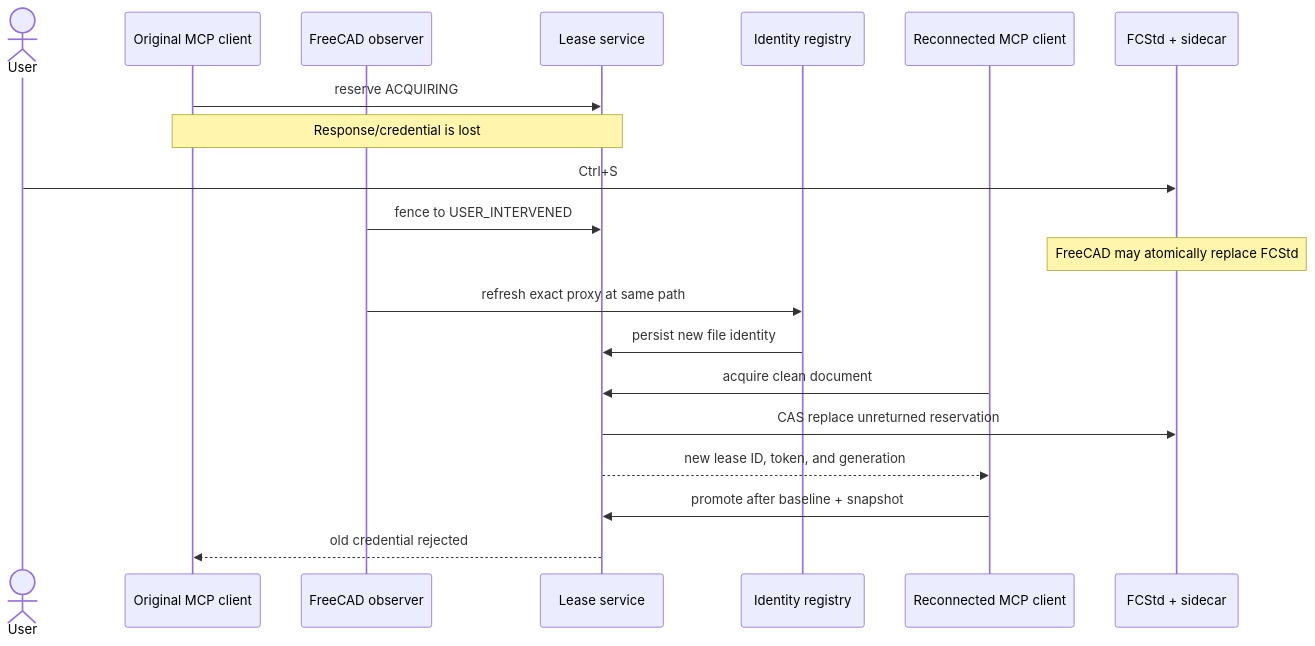
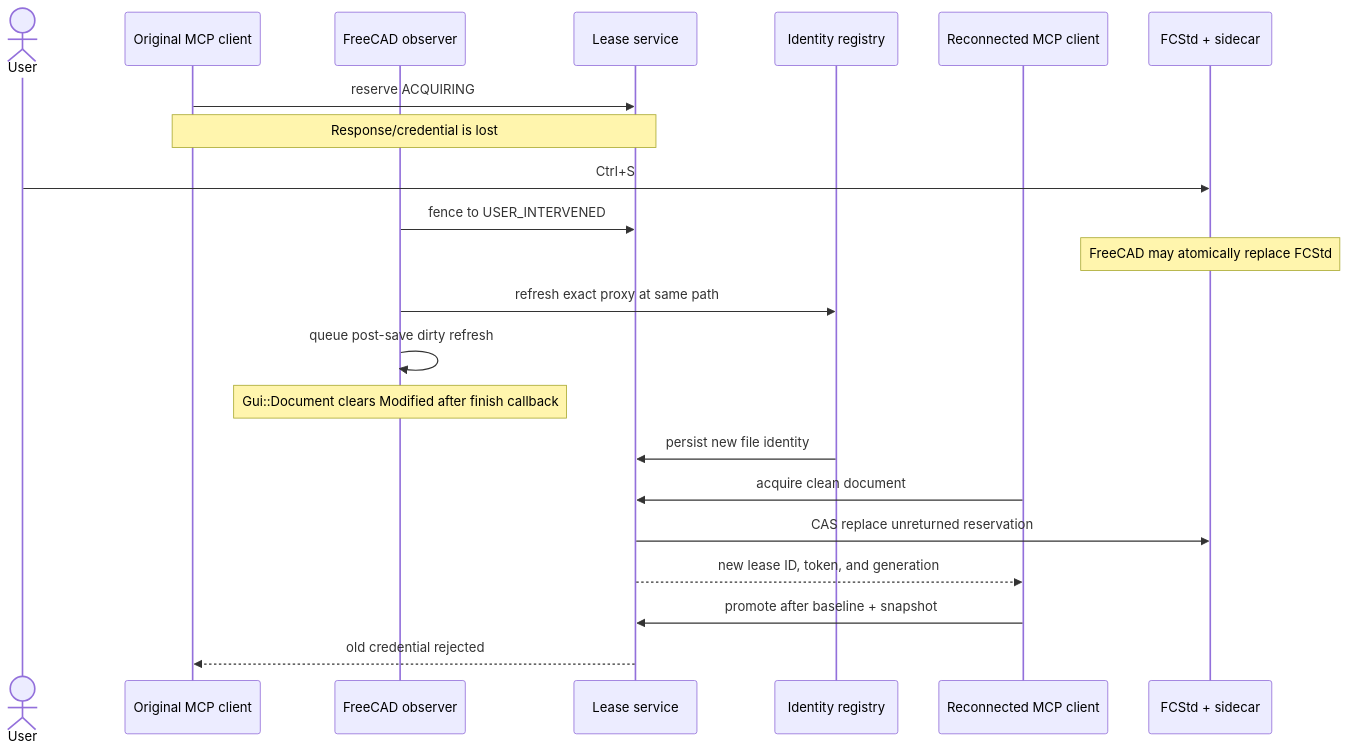
The second of 5 diagrams in doc/lease-client-scenarios.md (Rchiemstra/freecad-mcp), drawn with Mermaid before and after one commit. The commit also changed other lines of this file and 9 other files, not shown here.

````diff
--- a/doc/lease-client-scenarios.md
+++ b/doc/lease-client-scenarios.md
@@ -60,23 +60,25 @@
 ```mermaid
 sequenceDiagram
     actor User
     participant Old as Original MCP client
     participant Observer as FreeCAD observer
     participant Lease as Lease service
     participant Identity as Identity registry
     participant New as Reconnected MCP client
     participant Disk as FCStd + sidecar
 
     Old->>Lease: reserve ACQUIRING
     Note over Old,Lease: Response/credential is lost
     User->>Disk: Ctrl+S
     Observer->>Lease: fence to USER_INTERVENED
     Note over Disk: FreeCAD may atomically replace FCStd
     Observer->>Identity: refresh exact proxy at same path
+    Observer->>Observer: queue post-save dirty refresh
+    Note over Observer: Gui::Document clears Modified after finish callback
     Identity->>Lease: persist new file identity
     New->>Lease: acquire clean document
     Lease->>Disk: CAS replace unreturned reservation
     Lease-->>New: new lease ID, token, and generation
     New->>Lease: promote after baseline + snapshot
     Lease-->>Old: old credential rejected
 ```
````
